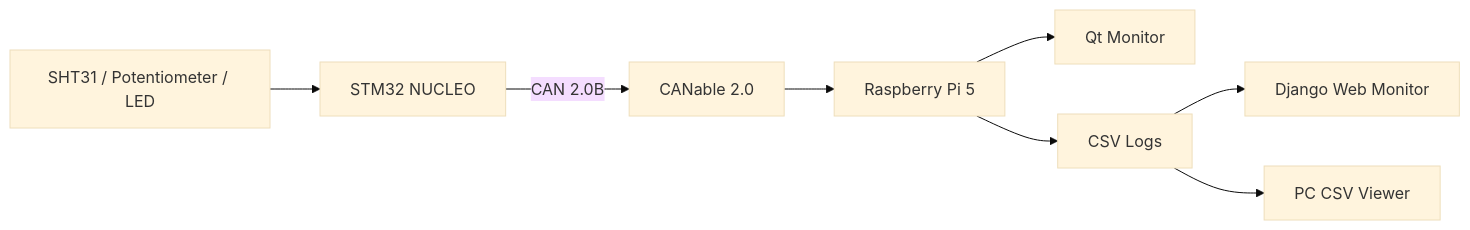
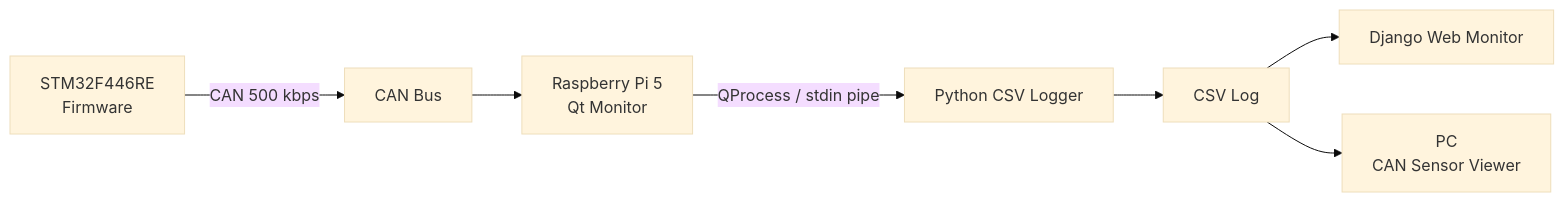
The diagram in README.md (u27947ffd7j678Organization/stm32-rpi-can-monitor-overview), drawn with Mermaid (base theme) before and after one commit.

Commit message:
Align overview Mermaid flow with system repo

````diff
--- a/README.md
+++ b/README.md
@@ -22,10 +22,9 @@
 ```mermaid
 flowchart LR
-  Sensor["SHT31 / Potentiometer / LED"] --> STM32["STM32 NUCLEO"]
-  STM32 -->|"CAN 2.0B"| Canable["CANable 2.0"]
-  Canable --> RPI["Raspberry Pi 5"]
-  RPI --> Qt["Qt Monitor"]
-  RPI --> CSV["CSV Logs"]
-  CSV --> Web["Django Web Monitor"]
-  CSV --> PC["PC CSV Viewer"]
+  STM32["STM32F446RE<br/>Firmware"] -->|"CAN 500 kbps"| CAN["CAN Bus"]
+  CAN --> RPI["Raspberry Pi 5<br/>Qt Monitor"]
+  RPI -->|"QProcess / stdin pipe"| LOGGER["Python CSV Logger"]
+  LOGGER --> CSV["CSV Log"]
+  CSV --> WEB["Django Web Monitor"]
+  CSV --> PC["PC<br/>CAN Sensor Viewer"]
 ```
````
